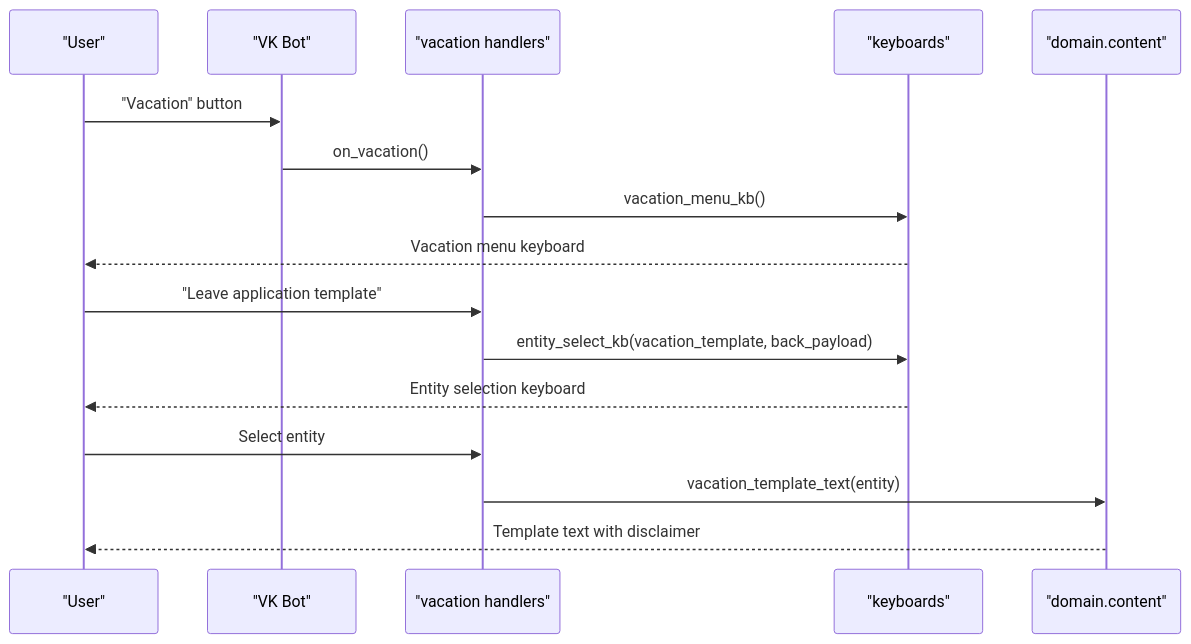
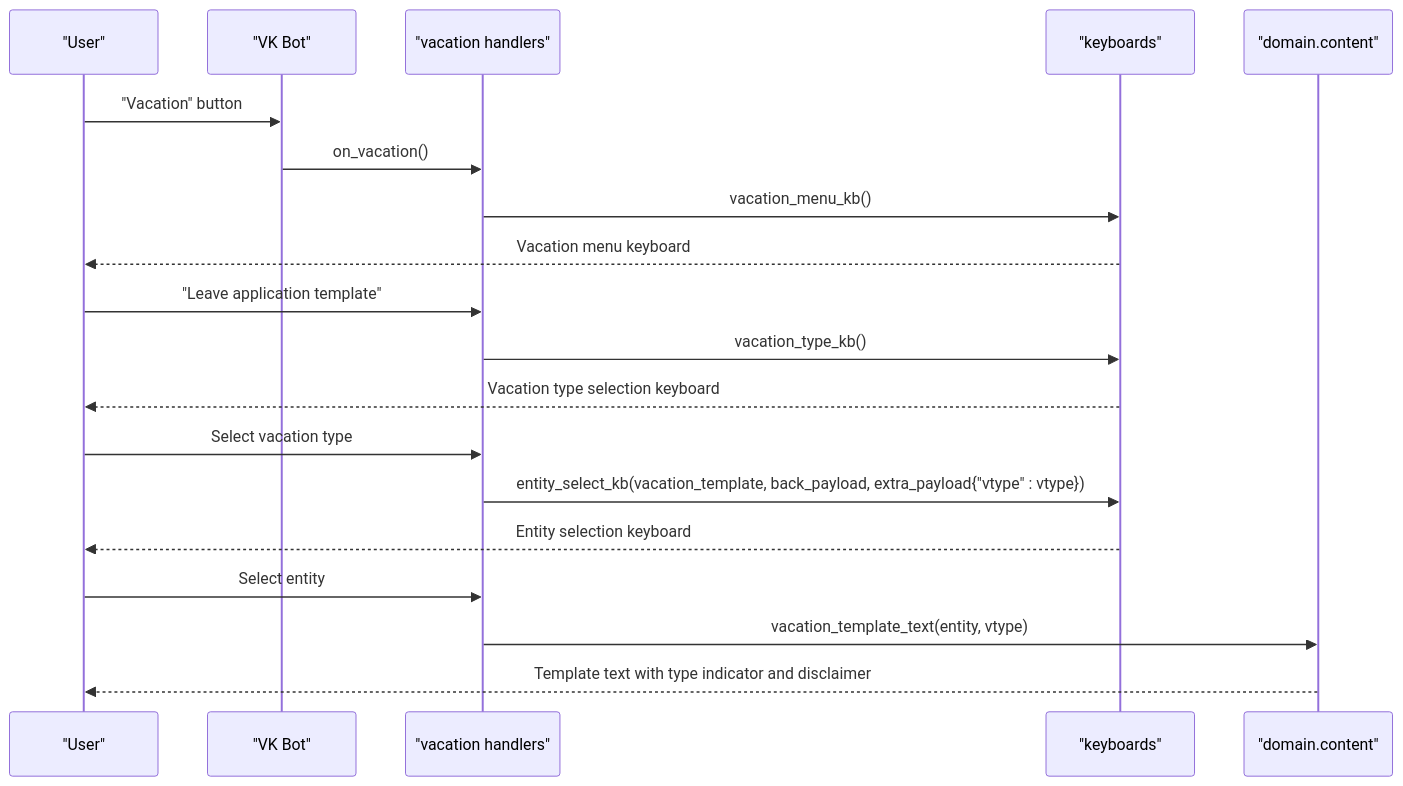
The ninth of 15 diagrams in .qoder/repowiki/en/content/VK Integration/Employment Lifecycle Management.md (ognelis/cafetera_hr_bot), drawn with Mermaid before and after one commit. The commit also changed other lines of this file and 26 other files, not shown here.

````diff
--- a/.qoder/repowiki/en/content/VK Integration/Employment Lifecycle Management.md
+++ b/.qoder/repowiki/en/content/VK Integration/Employment Lifecycle Management.md
@@ -344,18 +356,21 @@
 ```mermaid
 sequenceDiagram
 participant User as "User"
 participant Bot as "VK Bot"
 participant Vac as "vacation handlers"
 participant KB as "keyboards"
 participant Content as "domain.content"
 User->>Bot : "Vacation" button
 Bot->>Vac : on_vacation()
 Vac->>KB : vacation_menu_kb()
 KB-->>User : Vacation menu keyboard
 User->>Vac : "Leave application template"
-Vac->>KB : entity_select_kb(vacation_template, back_payload)
+Vac->>KB : vacation_type_kb()
+KB-->>User : Vacation type selection keyboard
+User->>Vac : Select vacation type
+Vac->>KB : entity_select_kb(vacation_template, back_payload, extra_payload{"vtype" : vtype})
 KB-->>User : Entity selection keyboard
 User->>Vac : Select entity
-Vac->>Content : vacation_template_text(entity)
-Content-->>User : Template text with disclaimer
+Vac->>Content : vacation_template_text(entity, vtype)
+Content-->>User : Template text with type indicator and disclaimer
 ```
````
